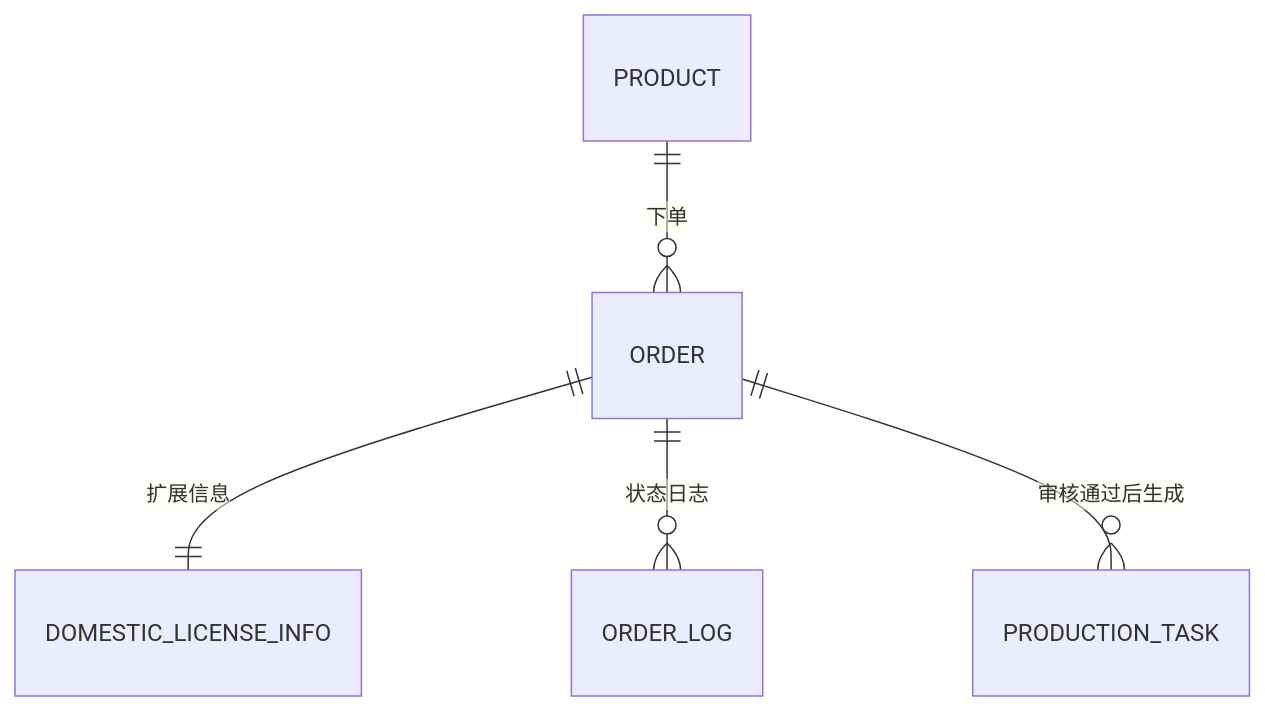
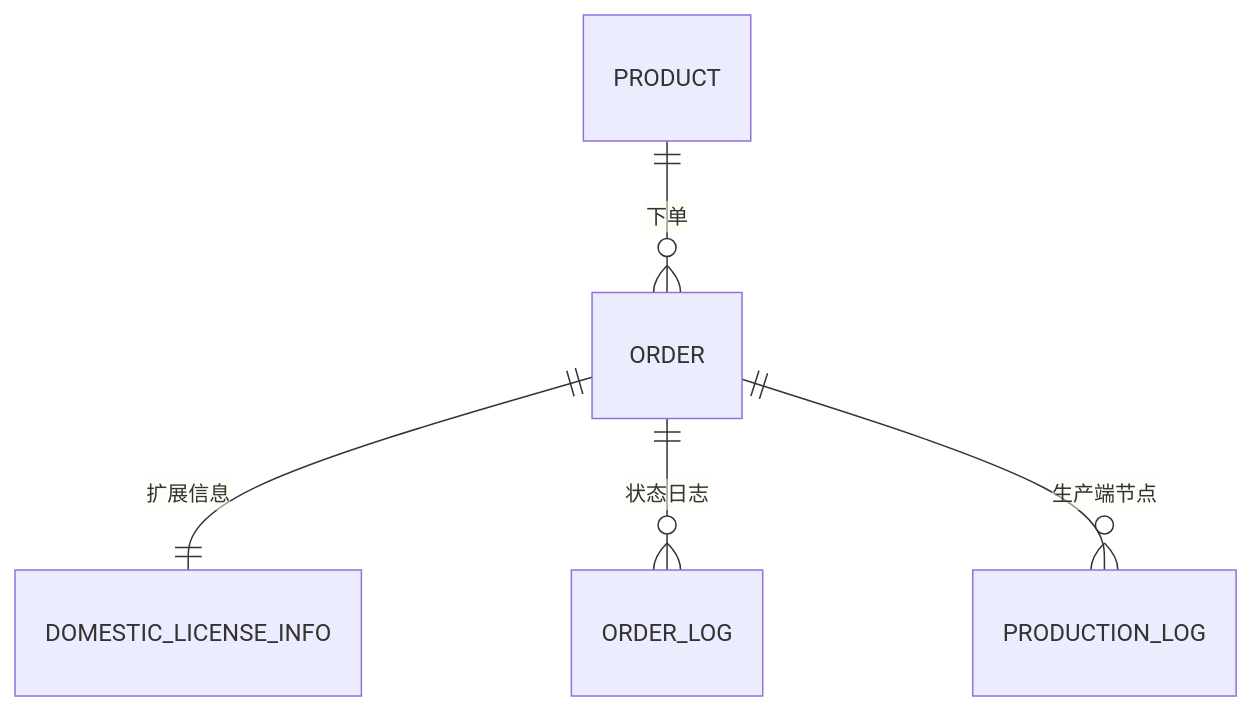
The second of 3 diagrams in specs/Requirements Management/换国内驾照翻译件_PRD.md (y15138550722-ops/mei-ka), drawn with Mermaid before and after one commit. The commit also changed other lines of this file and 139 other files, not shown here.

````diff
--- a/specs/Requirements Management/换国内驾照翻译件_PRD.md
+++ b/specs/Requirements Management/换国内驾照翻译件_PRD.md
@@ -107,7 +111,7 @@
 ```mermaid
 erDiagram
     PRODUCT ||--o{ ORDER : "下单"
     ORDER ||--|| DOMESTIC_LICENSE_INFO : "扩展信息"
     ORDER ||--o{ ORDER_LOG : "状态日志"
-    ORDER ||--o{ PRODUCTION_TASK : "审核通过后生成"
+    ORDER ||--o{ PRODUCTION_LOG : "生产端节点"
 ```
````
